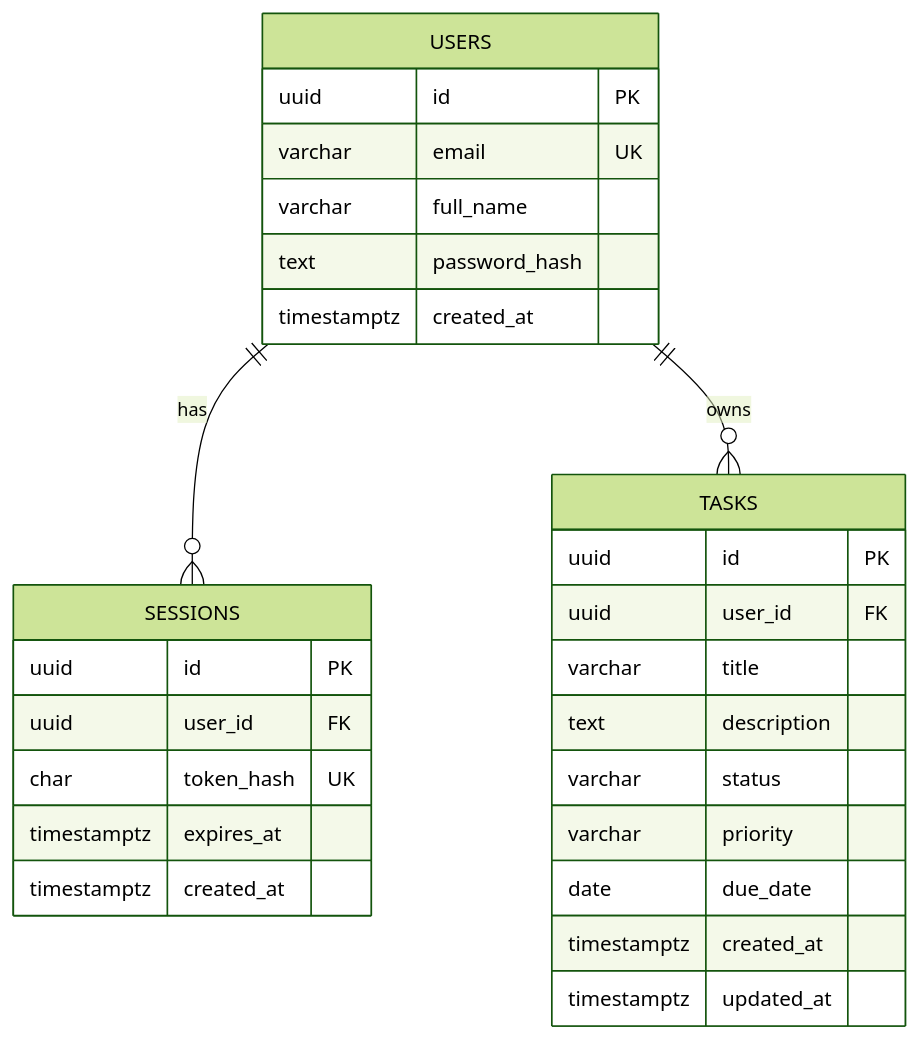
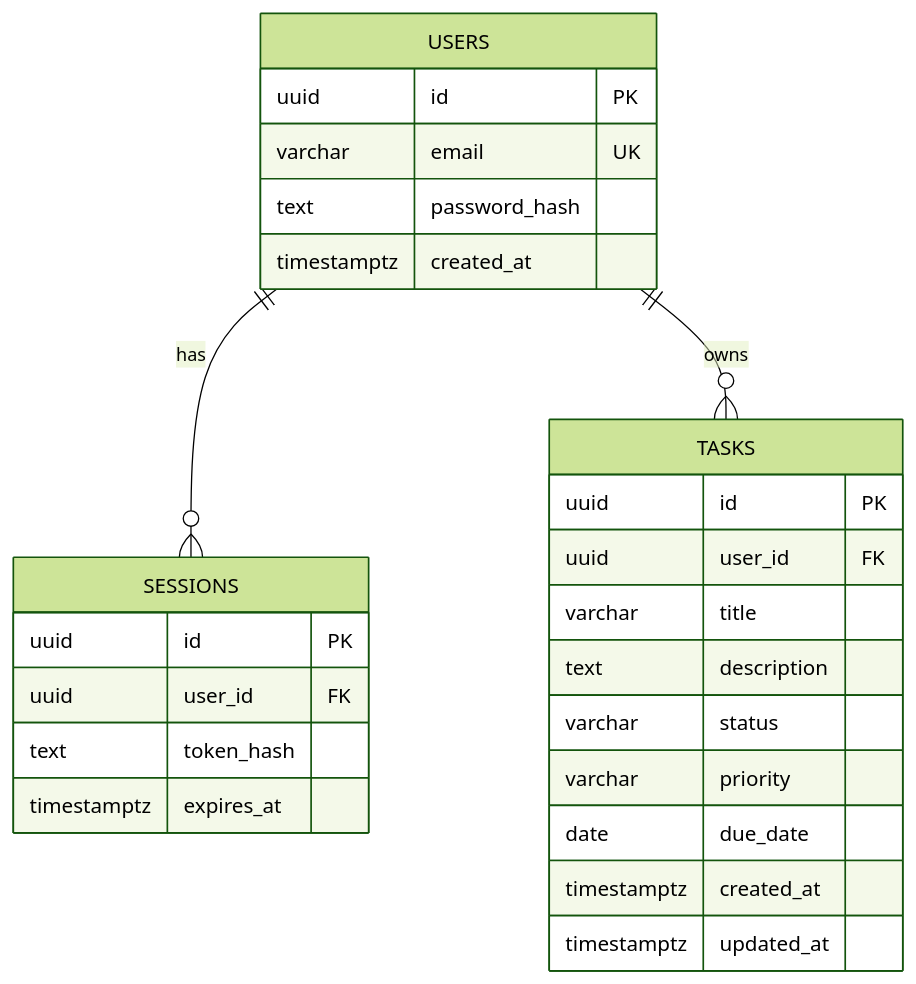
One commit to raj983535/taskflow changed the diagram in docs/01-application/database-design.md. Above: the diagram before and after it, drawn with Mermaid (forest theme). The commit also changed other lines of this file and 46 other files, not shown here.

````diff
--- a/docs/01-application/database-design.md
+++ b/docs/01-application/database-design.md
@@ -11,31 +21,28 @@
 ```mermaid
 erDiagram
   USERS ||--o{ SESSIONS : has
   USERS ||--o{ TASKS : owns
-
   USERS {
     uuid id PK
     varchar email UK
-    varchar full_name
     text password_hash
     timestamptz created_at
   }
   SESSIONS {
     uuid id PK
     uuid user_id FK
-    char token_hash UK
+    text token_hash
     timestamptz expires_at
-    timestamptz created_at
   }
   TASKS {
     uuid id PK
     uuid user_id FK
     varchar title
     text description
     varchar status
     varchar priority
     date due_date
     timestamptz created_at
     timestamptz updated_at
   }
 ```
````
